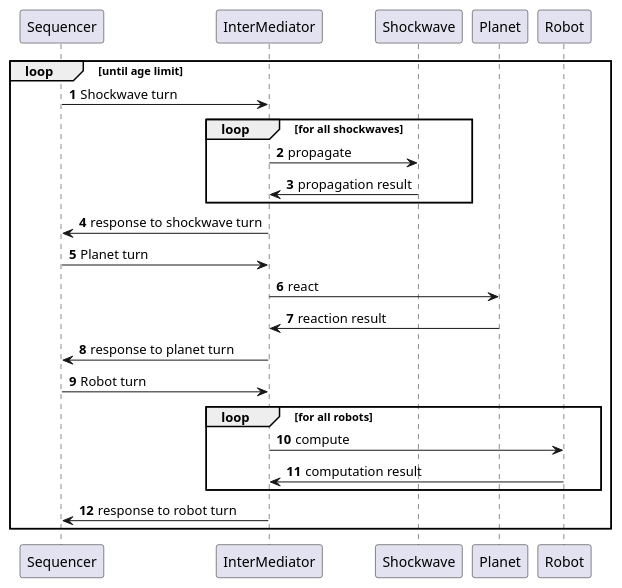
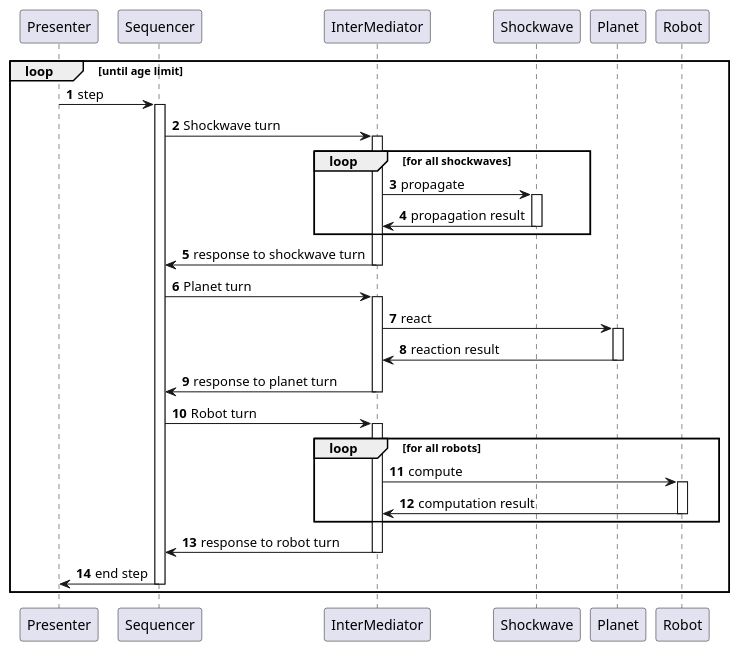
The diagram in uml/sequence diagram/model/Sequencer use.puml (LEBOCQTitouan/ia-ensicaen-colonisation), drawn with PlantUML before and after one commit.

Commit message:
Introducing activation in the sequence diagram

```diff
--- a/uml/sequence diagram/model/Sequencer use.puml
+++ b/uml/sequence diagram/model/Sequencer use.puml
@@ -1,33 +1,36 @@
 @startuml
 'https://plantuml.com/sequence-diagram
 
 autonumber
 
+participant Presenter
 participant Sequencer
 participant InterMediator
 participant Shockwave
 participant Planet
 participant Robot
 
 loop until age limit
-    Sequencer -> InterMediator: Shockwave turn
+    Presenter -> Sequencer ++ : step
+    Sequencer -> InterMediator ++ : Shockwave turn
         loop for all shockwaves
-            InterMediator -> Shockwave: propagate
-            Shockwave -> InterMediator: propagation result
+            InterMediator -> Shockwave ++ : propagate
+            InterMediator <- Shockwave -- : propagation result
         end
-    InterMediator -> Sequencer: response to shockwave turn
+    Sequencer <- InterMediator -- : response to shockwave turn
 
-    Sequencer -> InterMediator: Planet turn
-    InterMediator -> Planet: react
-    Planet -> InterMediator: reaction result
-    InterMediator -> Sequencer: response to planet turn
+    Sequencer -> InterMediator ++ : Planet turn
+    InterMediator -> Planet ++ : react
+    InterMediator <- Planet -- : reaction result
+    Sequencer <- InterMediator -- : response to planet turn
 
-    Sequencer -> InterMediator: Robot turn
+    Sequencer -> InterMediator ++: Robot turn
         loop for all robots
-            InterMediator -> Robot: compute
-            Robot -> InterMediator: computation result
+            InterMediator -> Robot ++ : compute
+            InterMediator <- Robot -- : computation result
         end
-    InterMediator -> Sequencer: response to robot turn
+    Sequencer <- InterMediator -- : response to robot turn
+    Presenter <- Sequencer -- : end step
 end
 
 @enduml
```
